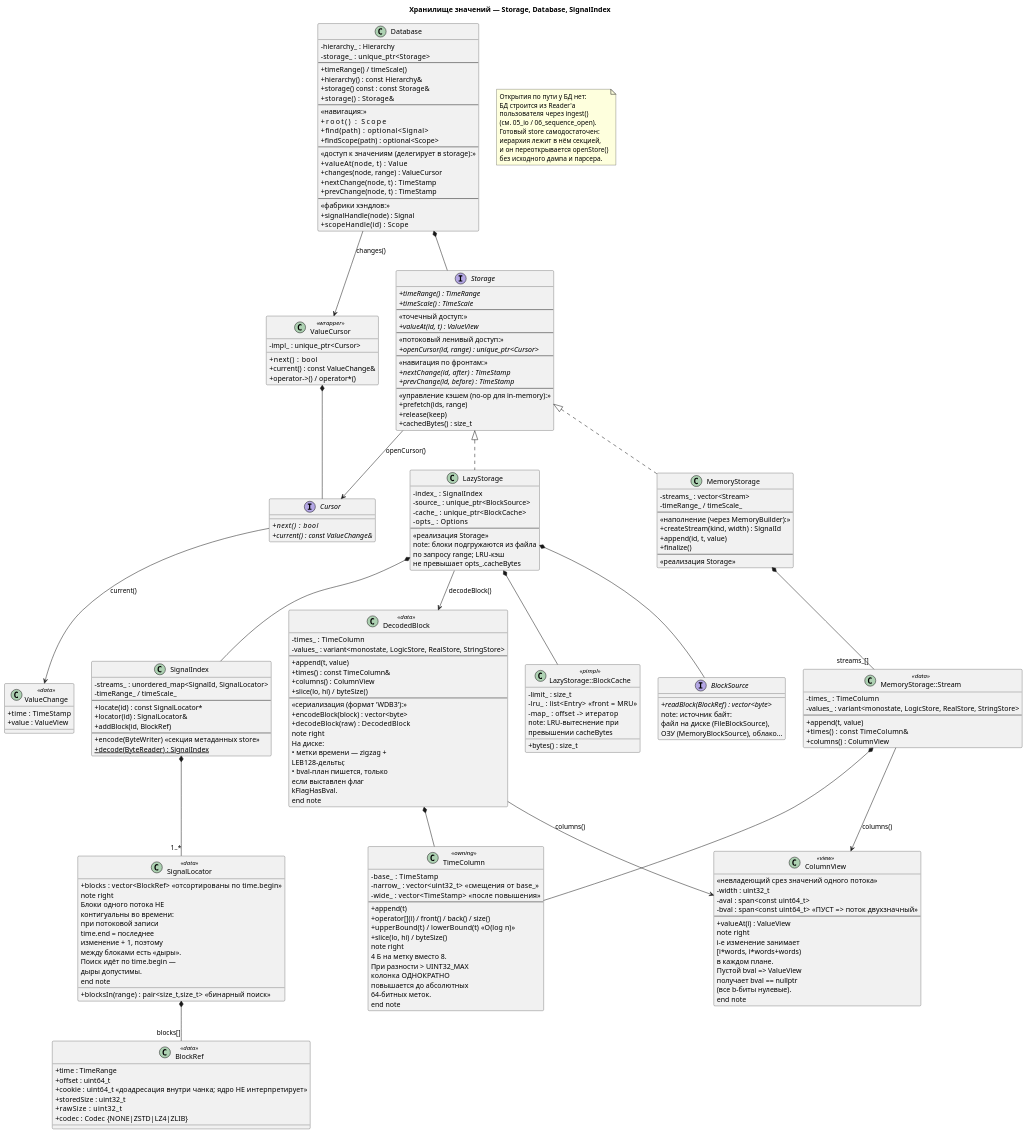
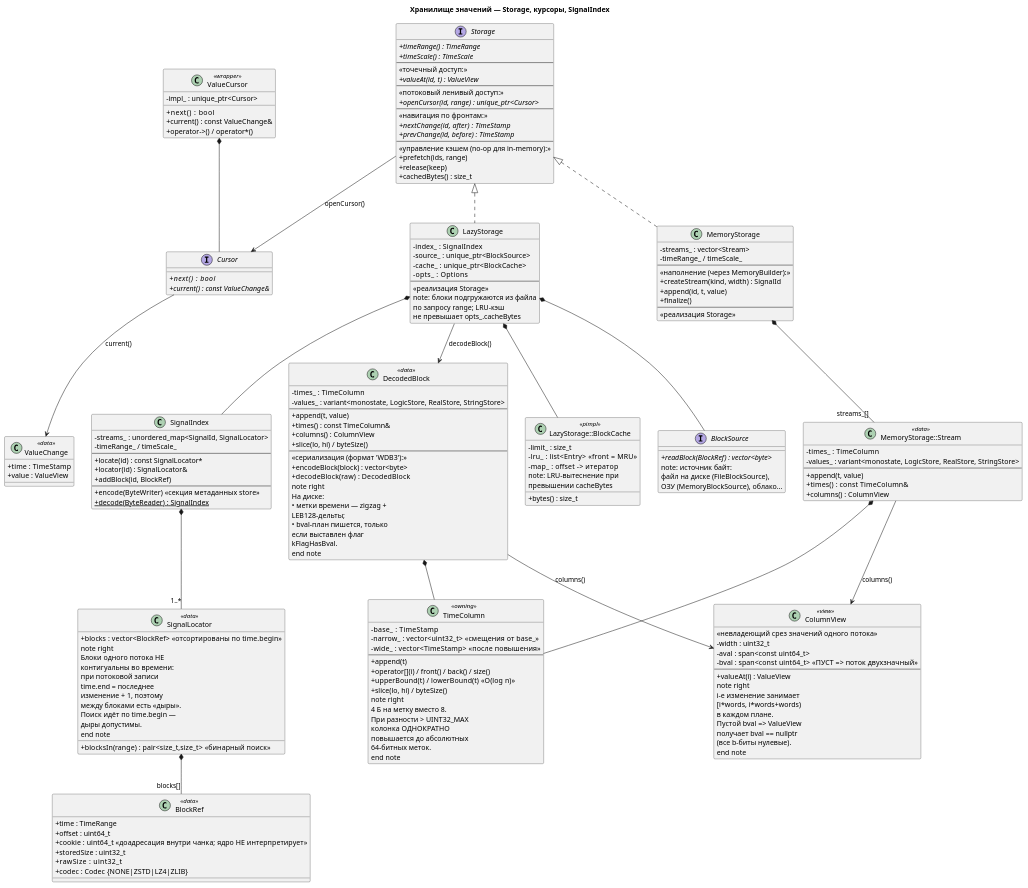
Before and after one commit to gikon3/wasafe: the diagram in docs/uml/04_storage.puml, drawn with PlantUML. The commit also changed 25 other files, not shown here.

```diff
--- a/docs/uml/04_storage.puml
+++ b/docs/uml/04_storage.puml
@@ -1,5 +1,5 @@
 @startuml 04_storage
-title Хранилище значений — Storage, Database, SignalIndex
+title Хранилище значений — Storage, курсоры, SignalIndex
 
 skinparam classAttributeIconSize 0
 skinparam defaultFontName Consolas
@@ -200,46 +200,6 @@
 LazyStorage *-- "LazyStorage::BlockCache"
 LazyStorage --> DecodedBlock : decodeBlock()
 
-' ──────────────── База данных ────────────────
-class Database {
-    - hierarchy_ : Hierarchy
-    - storage_   : unique_ptr<Storage>
-    --
-    + timeRange() / timeScale()
-    + hierarchy() : const Hierarchy&
-    + storage() const : const Storage&
-    + storage()   : Storage&
-    --
-    «навигация:»
-    + root()           : Scope
-    + find(path)       : optional<Signal>
-    + findScope(path)  : optional<Scope>
-    --
-    «доступ к значениям (делегирует в storage):»
-    + valueAt(node, t)     : Value
-    + changes(node, range) : ValueCursor
-    + nextChange(node, t)  : TimeStamp
-    + prevChange(node, t)  : TimeStamp
-    --
-    «фабрики хэндлов:»
-    + signalHandle(node) : Signal
-    + scopeHandle(id)    : Scope
-}
-
-note as NOPEN
-  Открытия по пути у БД нет:
-  БД строится из Reader'а
-  пользователя через ingest()
-  (см. 05_io / 06_sequence_open).
-  Готовый store самодостаточен:
-  иерархия лежит в нём секцией,
-  и он переоткрывается openStore()
-  без исходного дампа и парсера.
-end note
-
-Database *-- Storage
-Database --> ValueCursor : changes()
-
 Storage <|.. MemoryStorage
 Storage <|.. LazyStorage
 Storage --> Cursor : openCursor()
```
